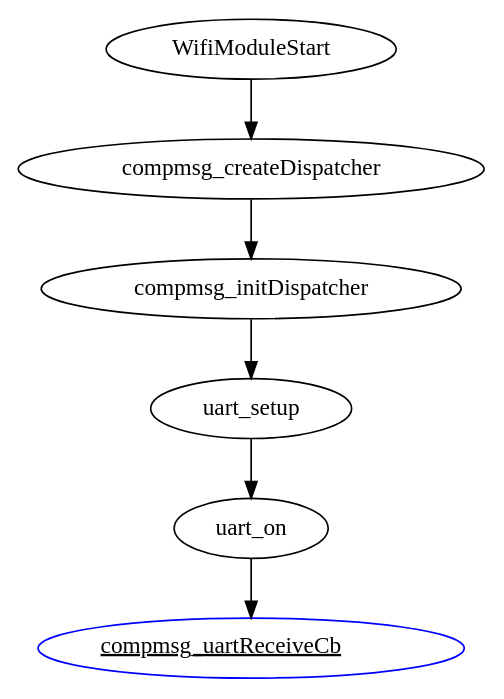
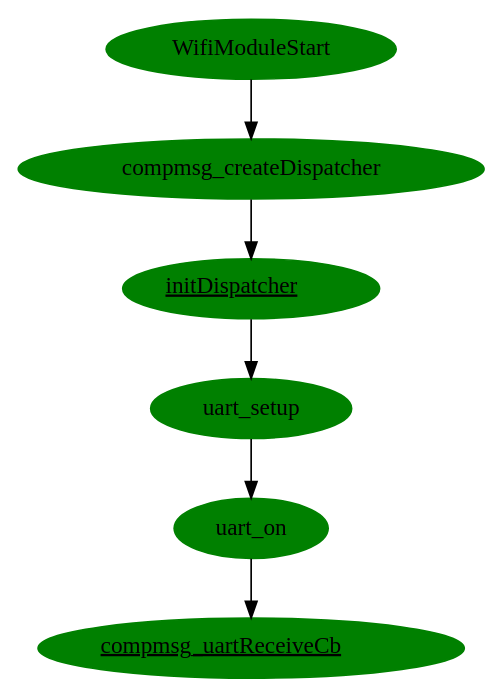
The diagram in dot_files/initCompMsg.dot (apwiede/nodemcu), drawn with Graphviz before and after one commit. The commit also changed 6 other files, not shown here.

```diff
--- a/dot_files/initCompMsg.dot
+++ b/dot_files/initCompMsg.dot
@@ -1,8 +1,13 @@
 digraph G0 {
+  WifiModuleStart[style="filled", color="green"];
   WifiModuleStart -> compmsg_createDispatcher;
+  compmsg_createDispatcher[style="filled", color="green"];
   compmsg_createDispatcher -> compmsg_initDispatcher;
+  compmsg_initDispatcher[style="filled", color="green" label=<<u>initDispatcher</u>> URL="\ref initDispatcher"];
   compmsg_initDispatcher -> uart_setup;
+  uart_setup[style="filled", color="green"];
   uart_setup -> uart_on;
-  compmsg_uartReceiveCb[label=<<u>compmsg_uartReceiveCb</u>> URL="\ref handleMsg" color="blue"];
+  uart_on[style="filled", color="green"];
+  compmsg_uartReceiveCb[style="filled", color="green", label=<<u>compmsg_uartReceiveCb</u>> URL="\ref handleMsg"];
   uart_on -> compmsg_uartReceiveCb;
 }
```
